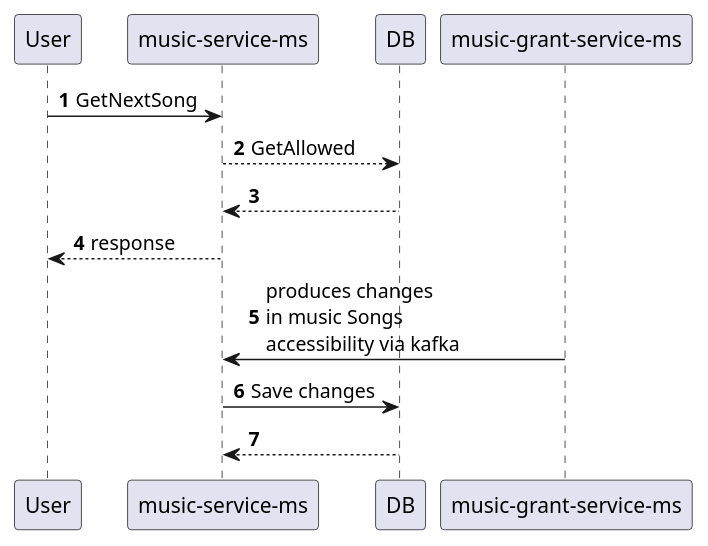
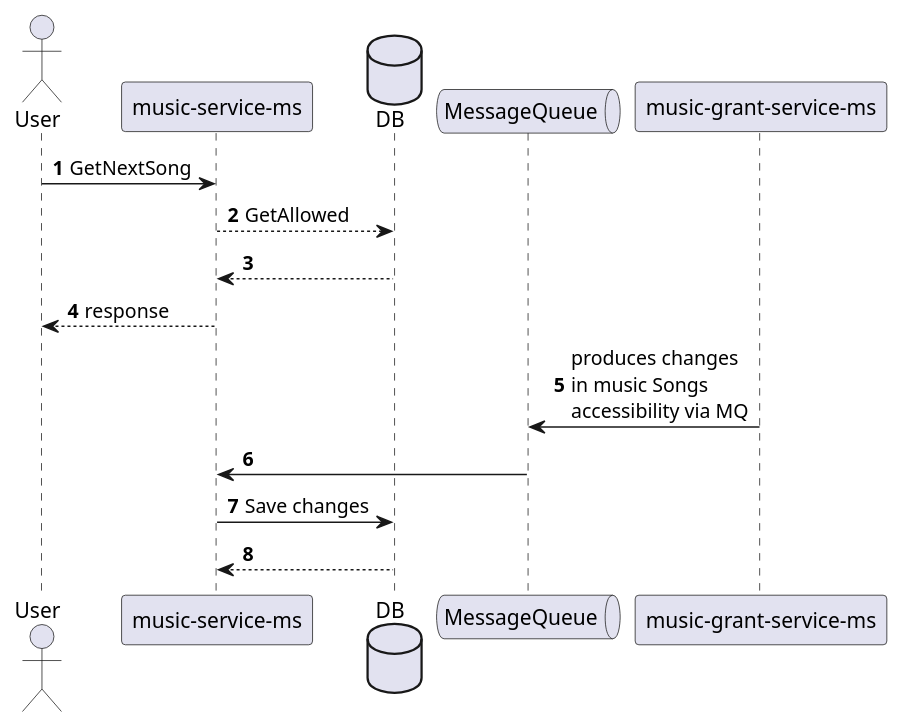
Before and after one commit to wgdetective/pact-example: the diagram in docs/microservices.puml, drawn with PlantUML. The commit also changed 4 other files, not shown here.

```diff
--- a/docs/microservices.puml
+++ b/docs/microservices.puml
@@ -1,14 +1,17 @@
 @startuml
 'https://plantuml.com/sequence-diagram
-
 autonumber
 
+actor User
 User -> "music-service-ms": GetNextSong
+database DB
 "music-service-ms" --> DB : GetAllowed
 "music-service-ms" <-- DB
 User <-- "music-service-ms"  : response
 
-"music-service-ms" <- "music-grant-service-ms": produces changes \nin music Songs \naccessibility via kafka
+queue MessageQueue
+MessageQueue <- "music-grant-service-ms": produces changes \nin music Songs \naccessibility via MQ
+"music-service-ms" <- MessageQueue
 "music-service-ms" -> DB : Save changes
 "music-service-ms" <-- DB
 @enduml
```
